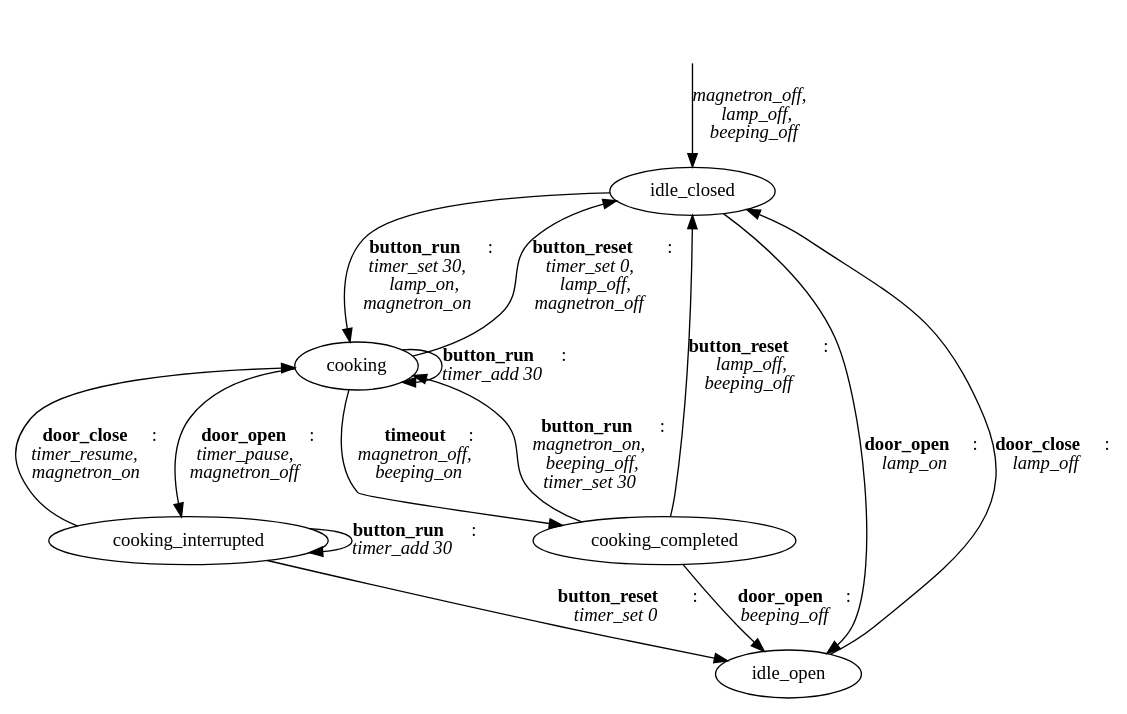
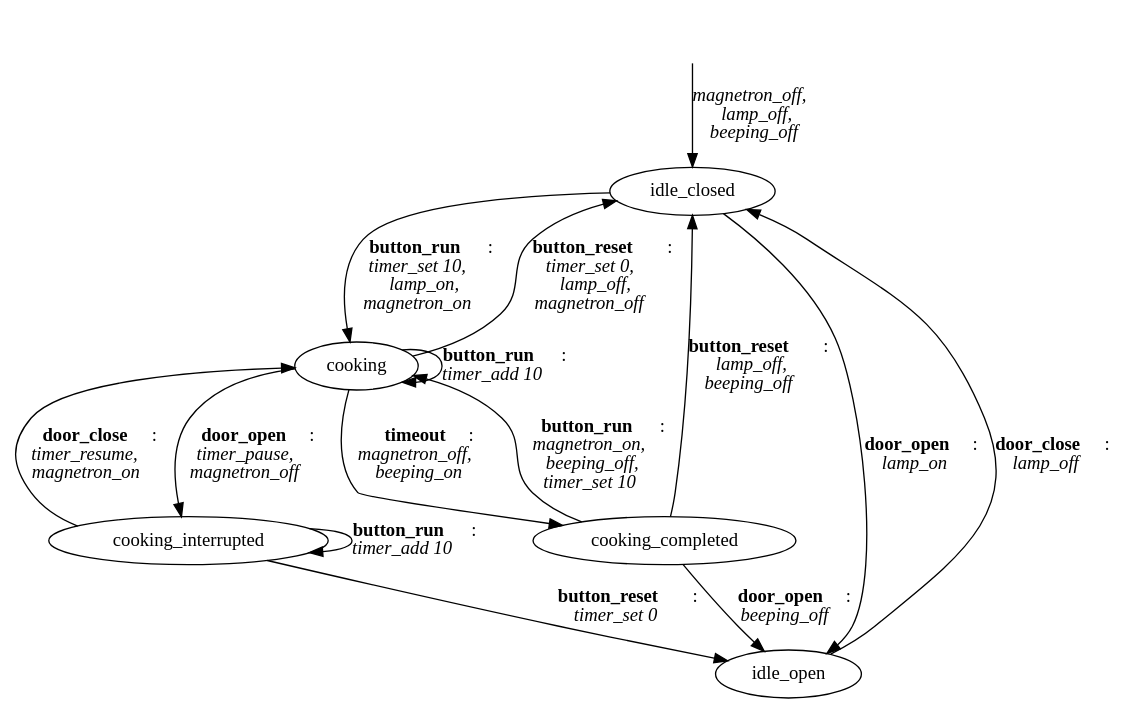
Before and after one commit to SipakovV/fsm-code-generator: the diagram in finite_automata/transducers/dot_source_files/microwave_fsm.dot, drawn with Graphviz. The commit also changed 2 other files, not shown here.

```diff
--- a/finite_automata/transducers/dot_source_files/microwave_fsm.dot
+++ b/finite_automata/transducers/dot_source_files/microwave_fsm.dot
@@ -1,38 +1,38 @@
 // Microwave FSM
 digraph G {
     //nodesep=1 pad=0.5 ranksep=0
 	START [style=invis]
 	cooking
 	cooking_completed
 	idle_open
 	cooking_interrupted
 	idle_closed
 	idle_closed -> idle_open
 	    [label=<<b>door_open</b>:<br/><i>lamp_on</i>>]
 	idle_closed -> cooking
-	    [label=<<b>button_run</b>:<br/><i>timer_set 30,<br/>lamp_on,<br/>magnetron_on</i>>]
+	    [label=<<b>button_run</b>:<br/><i>timer_set 10,<br/>lamp_on,<br/>magnetron_on</i>>]
 	idle_open -> idle_closed
 	    [label=<<b>door_close</b>:<br/><i>lamp_off</i>>]
 	cooking -> idle_closed
 	    [label=<<b>button_reset</b>:<br/><i>timer_set 0,<br/>lamp_off,<br/>magnetron_off</i>>]
 	cooking -> cooking
-	    [label=<<b>button_run</b>:<br/><i>timer_add 30</i>>]
+	    [label=<<b>button_run</b>:<br/><i>timer_add 10</i>>]
 	cooking -> cooking_interrupted
 	    [label=<<b>door_open</b>:<br/><i>timer_pause,<br/>magnetron_off</i>>]
 	cooking -> cooking_completed
 	    [label=<<b>timeout</b>:<br/><i>magnetron_off,<br/>beeping_on</i>>]
 	cooking_interrupted -> cooking
 	    [label=<<b>door_close</b>:<br/><i>timer_resume,<br/>magnetron_on</i>>]
 	cooking_interrupted -> idle_open
 	    [label=<<b>button_reset</b>:<br/><i>timer_set 0</i>>]
 	cooking_interrupted -> cooking_interrupted
-	    [label=<<b>button_run</b>:<br/><i>timer_add 30</i>>]
+	    [label=<<b>button_run</b>:<br/><i>timer_add 10</i>>]
 	cooking_completed -> idle_open
 	    [label=<<b>door_open</b>:<br/><i>beeping_off</i>>]
 	cooking_completed -> idle_closed
 	    [label=<<b>button_reset</b>:<br/><i>lamp_off,<br/>beeping_off</i>>]
 	cooking_completed -> cooking
-	    [label=<<b>button_run</b>:<br/><i>magnetron_on,<br/>beeping_off,<br/>timer_set 30</i>>];
+	    [label=<<b>button_run</b>:<br/><i>magnetron_on,<br/>beeping_off,<br/>timer_set 10</i>>];
 	START -> idle_closed
 	    [label=<<i>magnetron_off,<br/>lamp_off,<br/>beeping_off</i>>]
 }
```
